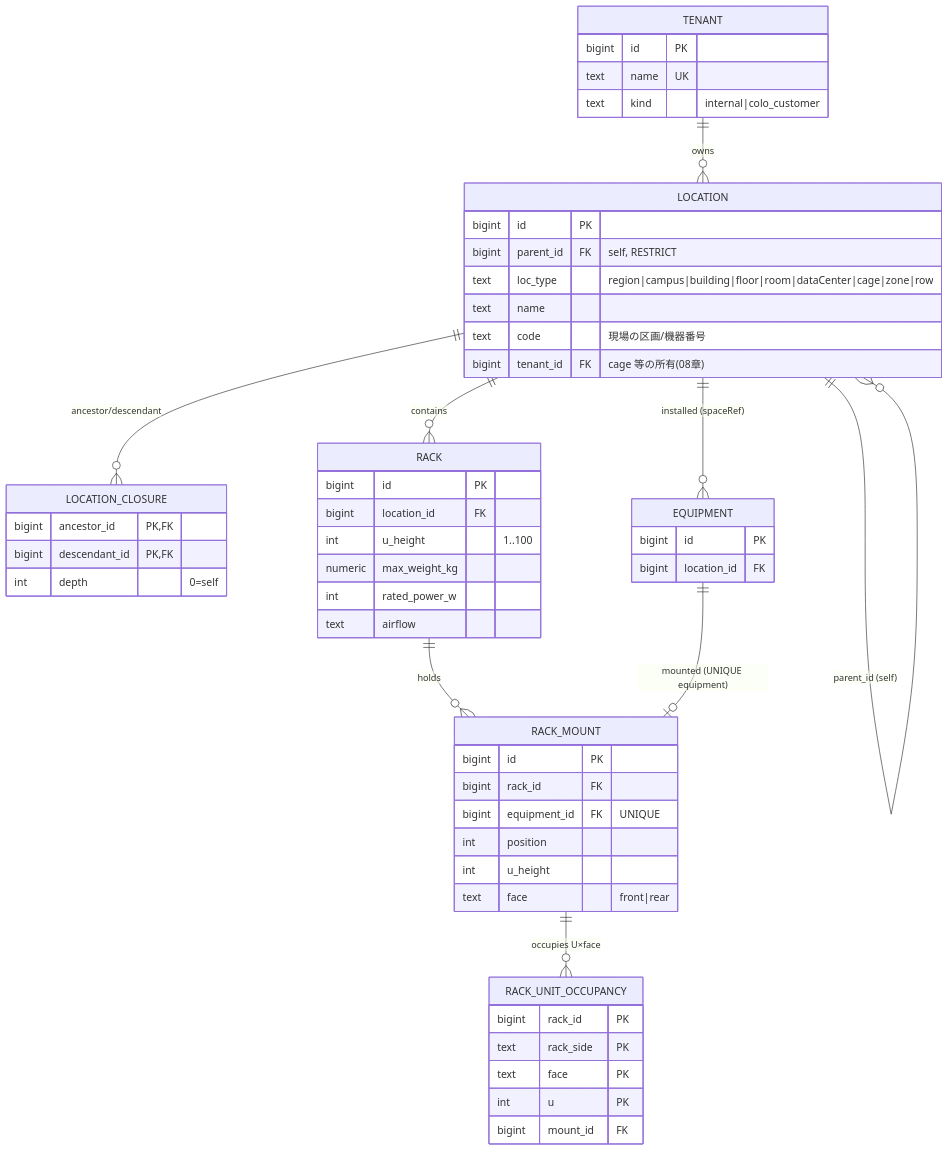
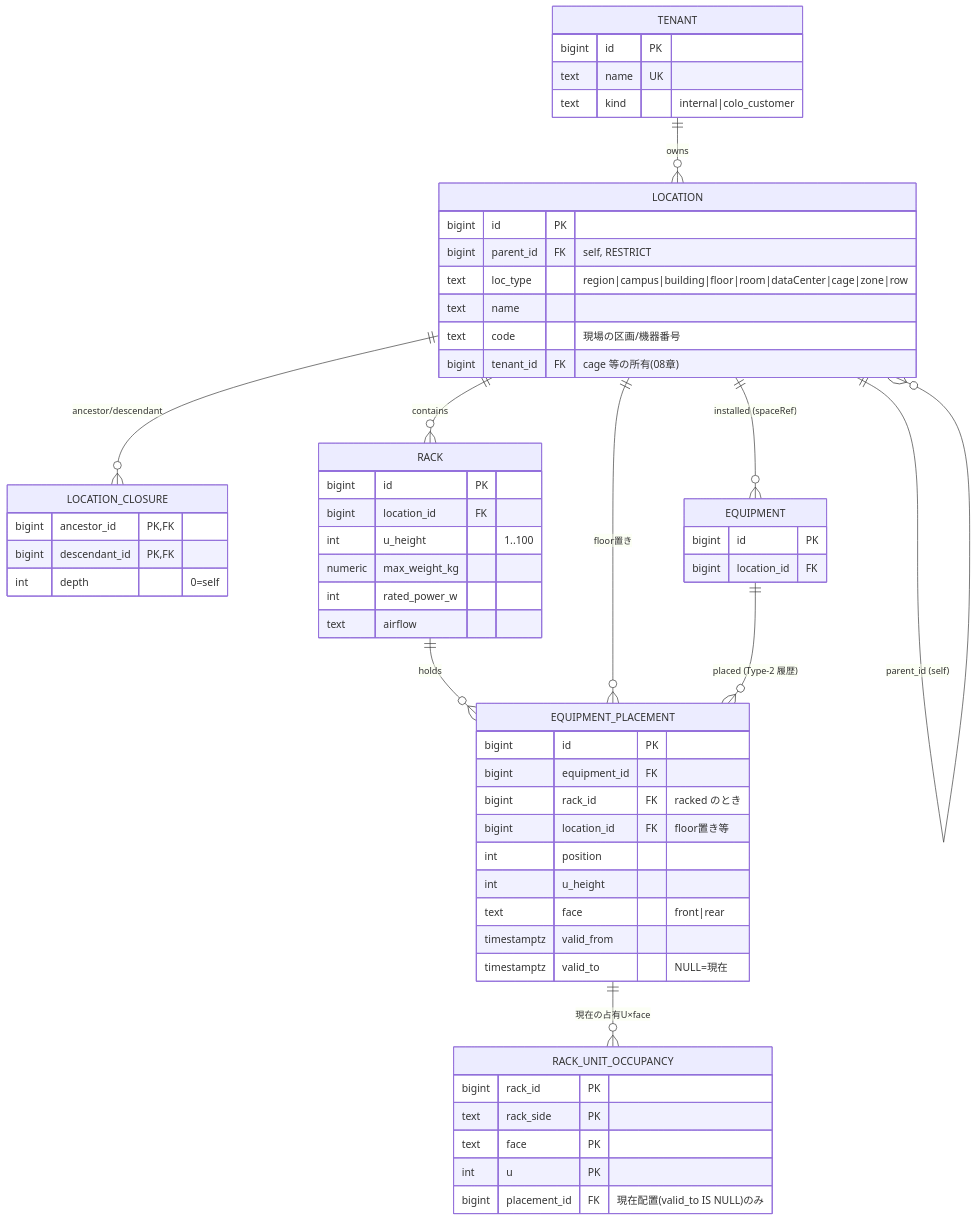
One commit to hn-11/dcim-schema-design changed the second of 9 diagrams in 03-finalists.md. Above: the diagram before and after it, drawn with Mermaid. The commit also changed other lines of this file and 3 other files, not shown here.

First line of the commit message:
feat(schema): 配置を Type-2 SCD 化 + series の追跡保証ルール

````diff
--- a/03-finalists.md
+++ b/03-finalists.md
@@ -101,57 +101,61 @@
 ```mermaid
 erDiagram
     TENANT ||--o{ LOCATION : owns
     LOCATION ||--o{ LOCATION : "parent_id (self)"
     LOCATION ||--o{ LOCATION_CLOSURE : "ancestor/descendant"
     LOCATION ||--o{ RACK : contains
     LOCATION ||--o{ EQUIPMENT : "installed (spaceRef)"
-    RACK ||--o{ RACK_MOUNT : holds
-    EQUIPMENT ||--o| RACK_MOUNT : "mounted (UNIQUE equipment)"
-    RACK_MOUNT ||--o{ RACK_UNIT_OCCUPANCY : "occupies U×face"
+    RACK ||--o{ EQUIPMENT_PLACEMENT : holds
+    LOCATION ||--o{ EQUIPMENT_PLACEMENT : "floor置き"
+    EQUIPMENT ||--o{ EQUIPMENT_PLACEMENT : "placed (Type-2 履歴)"
+    EQUIPMENT_PLACEMENT ||--o{ RACK_UNIT_OCCUPANCY : "現在の占有U×face"
 
     TENANT {
         bigint id PK
         text name UK
         text kind "internal|colo_customer"
     }
     LOCATION {
         bigint id PK
         bigint parent_id FK "self, RESTRICT"
         text loc_type "region|campus|building|floor|room|dataCenter|cage|zone|row"
         text name
         text code "現場の区画/機器番号"
         bigint tenant_id FK "cage 等の所有(08章)"
     }
     LOCATION_CLOSURE {
         bigint ancestor_id PK,FK
         bigint descendant_id PK,FK
         int depth "0=self"
     }
     RACK {
         bigint id PK
         bigint location_id FK
         int u_height "1..100"
         numeric max_weight_kg
         int rated_power_w
         text airflow
     }
     EQUIPMENT {
         bigint id PK
         bigint location_id FK
     }
-    RACK_MOUNT {
+    EQUIPMENT_PLACEMENT {
         bigint id PK
-        bigint rack_id FK
-        bigint equipment_id FK "UNIQUE"
+        bigint equipment_id FK
+        bigint rack_id FK "racked のとき"
+        bigint location_id FK "floor置き等"
         int position
         int u_height
         text face "front|rear"
+        timestamptz valid_from
+        timestamptz valid_to "NULL=現在"
     }
     RACK_UNIT_OCCUPANCY {
         bigint rack_id PK
         text rack_side PK
         text face PK
         int u PK
-        bigint mount_id FK
+        bigint placement_id FK "現在配置(valid_to IS NULL)のみ"
     }
 ```
````
